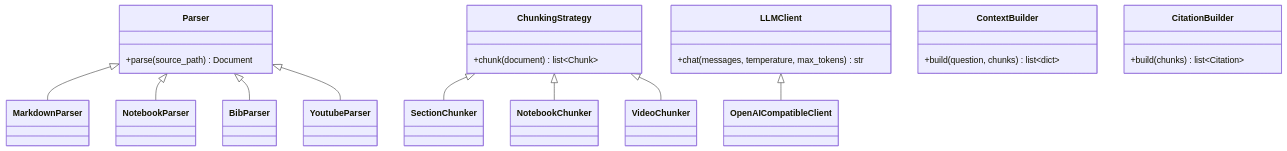
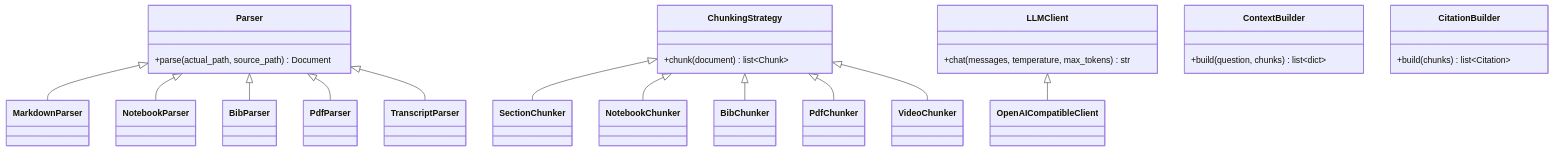
Before and after one commit to biplovbhandari/earthrise-book-assistant: the fifth of 6 diagrams in system-design/architecture_contracts.md, drawn with Mermaid. The commit also changed other lines of this file, not shown here.

````diff
--- a/system-design/architecture_contracts.md
+++ b/system-design/architecture_contracts.md
@@ -174,31 +174,34 @@
 ```mermaid
 classDiagram
   class Parser {
-    +parse(source_path) Document
+    +parse(actual_path, source_path) Document
   }
 
   class ChunkingStrategy {
     +chunk(document) list~Chunk~
   }
 
   class LLMClient {
     +chat(messages, temperature, max_tokens) str
   }
 
   class ContextBuilder {
     +build(question, chunks) list~dict~
   }
 
   class CitationBuilder {
     +build(chunks) list~Citation~
   }
 
   Parser <|-- MarkdownParser
   Parser <|-- NotebookParser
   Parser <|-- BibParser
-  Parser <|-- YoutubeParser
+  Parser <|-- PdfParser
+  Parser <|-- TranscriptParser
   ChunkingStrategy <|-- SectionChunker
   ChunkingStrategy <|-- NotebookChunker
+  ChunkingStrategy <|-- BibChunker
+  ChunkingStrategy <|-- PdfChunker
   ChunkingStrategy <|-- VideoChunker
   LLMClient <|-- OpenAICompatibleClient
 ```
````
